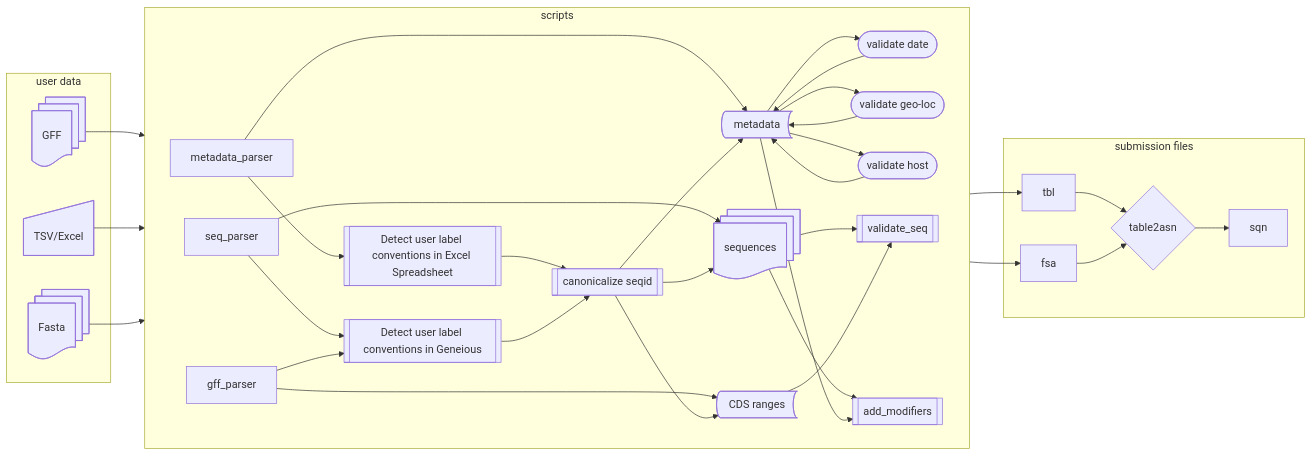
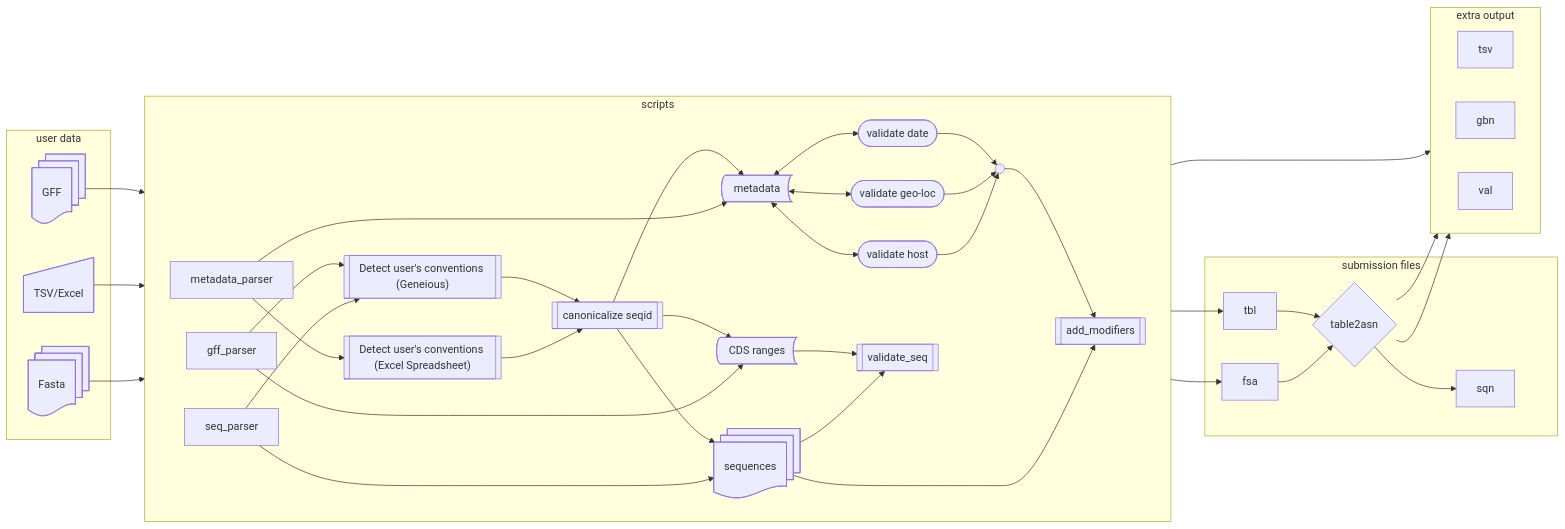
The diagram in README.md (meekrob/mayo-lab-genbank), drawn with Mermaid before and after one commit.

Commit message:
Better organization and subgraph

````diff
--- a/README.md
+++ b/README.md
@@ -9,10 +9,12 @@
 ```mermaid
 graph LR;
+    classDef validation fill:#f9f,stroke:#333,stroke-width:4px;
+    class validate_seq,canonical_seqid,validate_host,validate_geo-loc,validate_date_format validation;
     user_annot@{ shape: manual-input, label: "TSV/Excel" }
     Fasta@{ shape: docs }
     GFF@{ shape: docs }
-    user_variation_geneious@{ shape: subproc, label: "Detect user label conventions in Geneious"}
-    user_variation_xl@{ shape: subproc, label: "Detect user label conventions in Excel Spreadsheet"}
+    user_variation_geneious@{ shape: subproc, label: "Detect user's conventions (Geneious)"}
+    user_variation_xl@{ shape: subproc, label: "Detect user's conventions (Excel Spreadsheet)"}
     canonical_seqid@{ shape: subproc, label: "canonicalize seqid"}
     add_modifiers@{ shape: subproc}
     validate_seq@{ shape: subproc}
@@ -48,14 +50,16 @@
         validate_date_format([validate date])
         validate_geo-loc([validate geo-loc])
 
-        metadata-->validate_date_format;
-        validate_date_format-->metadata;
+        metadata<-->validate_date_format;
 
-        metadata-->validate_geo-loc;
-        validate_geo-loc-->metadata;
+        metadata<-->validate_geo-loc;
 
-        metadata-->validate_host;
-        validate_host-->metadata;
+        metadata<-->validate_host;
+
+        A@{ shape: sm-circ, label: "Small start" }
+        validate_host-->A
+        validate_geo-loc-->A
+        validate_date_format-->A
 
         canonical_seqid-->metadata;
         canonical_seqid-->sequences;
@@ -64,10 +68,10 @@
         sequences-->validate_seq;
         sequences-->add_modifiers;
         CDS-->validate_seq;
-        metadata-->add_modifiers;
+        A-->add_modifiers;
         
     end
-
+    A-->tsv;
     validate_seq-->tbl;
     add_modifiers-->fsa;
     table2asn-->sqn;
@@ -81,4 +85,16 @@
         sqn
     end
 
+    table2asn-->gbn;
+    table2asn-->val;
+
+    subgraph "extra output"
+        direction LR
+        tsv;
+        gbn;
+        val;
+    end
+
+
+
 ```
````
